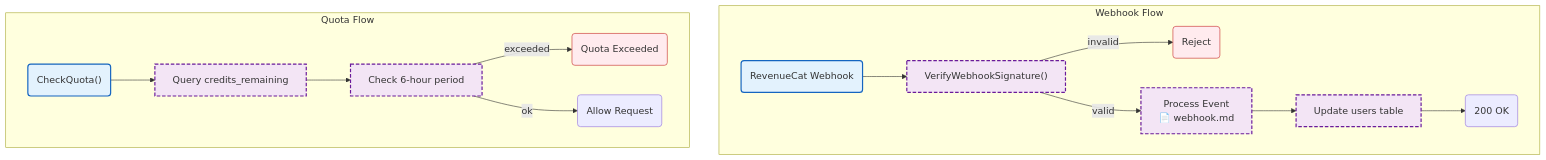
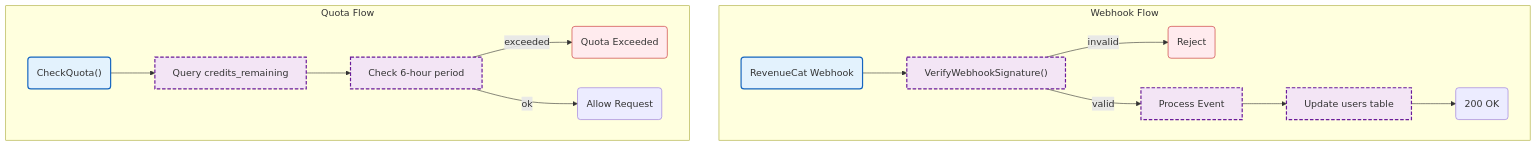
One commit to radch-ai/ava changed the first of 2 diagrams in docs/internal/billing.md. Above: the diagram before and after it, drawn with Mermaid. The commit also changed 8 other files, not shown here.

````diff
--- a/docs/internal/billing.md
+++ b/docs/internal/billing.md
@@ -7,26 +7,25 @@
 ```mermaid
 flowchart TB
     subgraph WebhookFlow ["Webhook Flow"]
         Webhook("RevenueCat Webhook") --> Verify["VerifyWebhookSignature()"]
         Verify -->|invalid| Reject("Reject")
-        Verify -->|valid| Process["Process Event
-        📄 webhook.md"]
+        Verify -->|valid| Process["Process Event"]
         Process --> UpdateDB["Update users table"]
         UpdateDB --> OK("200 OK")
     end
 
     subgraph QuotaFlow ["Quota Flow"]
         Check("CheckQuota()") --> QueryDB["Query credits_remaining"]
         QueryDB --> CheckPeriod["Check 6-hour period"]
         CheckPeriod -->|exceeded| QuotaErr("Quota Exceeded")
         CheckPeriod -->|ok| Allow("Allow Request")
     end
 
     classDef mainFn fill:#e3f2fd,stroke:#1565c0,stroke-width:2px
     classDef internalFn fill:#f3e5f5,stroke:#6a1b9a,stroke-width:2px,stroke-dasharray:6 3
     classDef errorFlow fill:#ffebee,stroke:#c62828,stroke-width:1px
 
     class Webhook,Check mainFn
     class Reject,QuotaErr errorFlow
     class Verify,Process,UpdateDB,QueryDB,CheckPeriod internalFn
 ```
````
